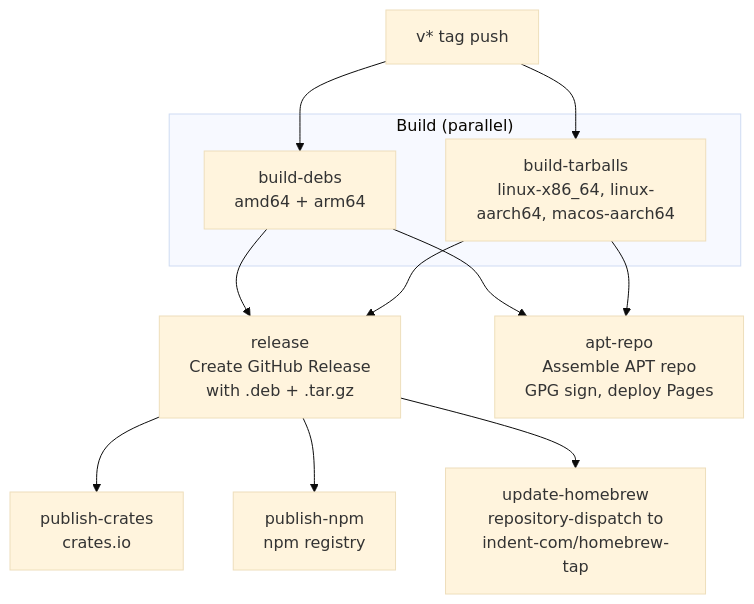
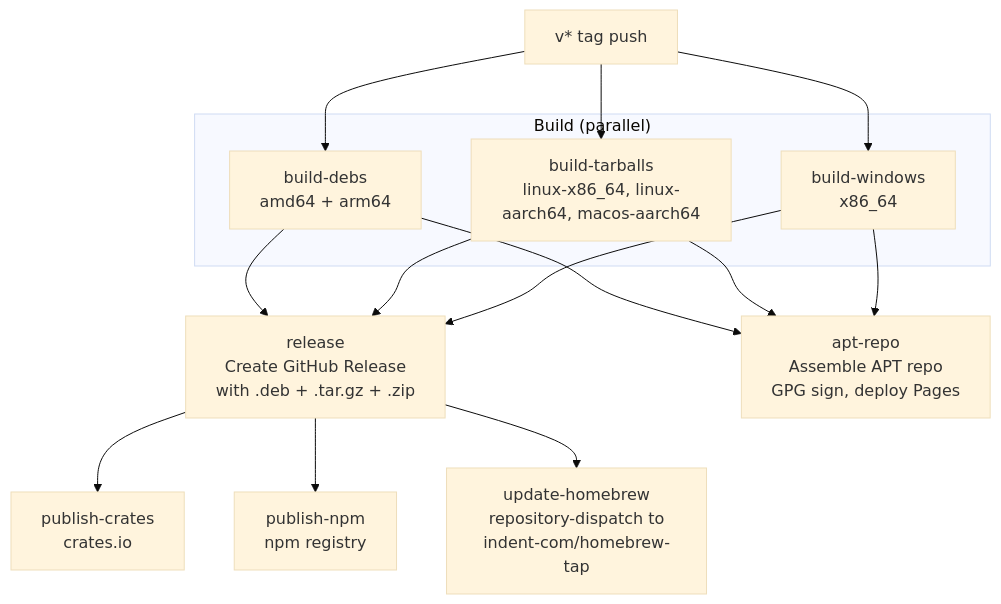
Before and after one commit to indent-com/blit: the fourth of 8 diagrams in SERVICES.md, drawn with Mermaid (base theme). The commit also changed other lines of this file and 24 other files, not shown here.

````diff
--- a/SERVICES.md
+++ b/SERVICES.md
@@ -229,16 +247,17 @@
 ```mermaid
 flowchart TD
-    TAG["v* tag push"] --> BD & BT
+    TAG["v* tag push"] --> BD & BT & BW
 
     subgraph "Build (parallel)"
         BD[build-debs<br>amd64 + arm64]
         BT[build-tarballs<br>linux-x86_64, linux-aarch64, macos-aarch64]
+        BW[build-windows<br>x86_64]
     end
 
-    BD & BT --> REL[release<br>Create GitHub Release<br>with .deb + .tar.gz]
-    BD & BT --> APT[apt-repo<br>Assemble APT repo<br>GPG sign, deploy Pages]
+    BD & BT & BW --> REL[release<br>Create GitHub Release<br>with .deb + .tar.gz + .zip]
+    BD & BT & BW --> APT[apt-repo<br>Assemble APT repo<br>GPG sign, deploy Pages]
 
     REL --> PUB_CRATES[publish-crates<br>crates.io]
     REL --> PUB_NPM[publish-npm<br>npm registry]
     REL --> BREW[update-homebrew<br>repository-dispatch to<br>indent-com/homebrew-tap]
 ```
````
